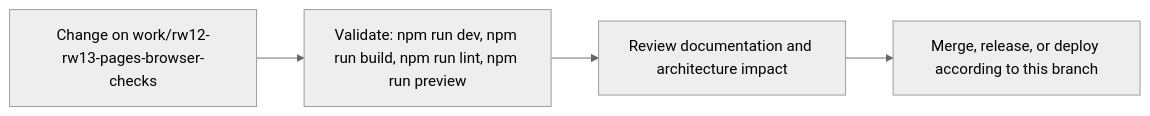
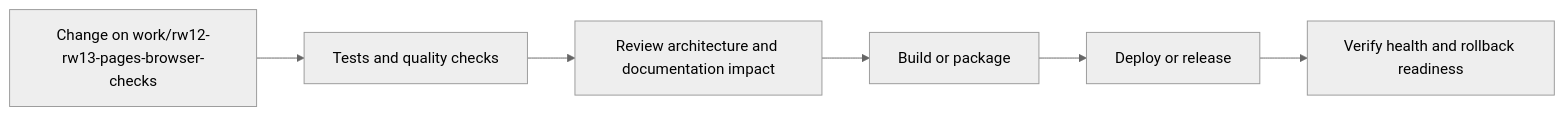
The fourth of 5 diagrams in README.md (Nischhalsubba/Reeja-Maharjan-Website-2026), drawn with Mermaid (neutral theme) before and after one commit. The commit also changed other lines of this file, not shown here.

````diff
--- a/README.md
+++ b/README.md
@@ -81,8 +162,8 @@
 ```mermaid
 flowchart LR
-    CHANGE["Change on work/rw12-rw13-pages-browser-checks"]
-    CHECK["Validate: npm run dev, npm run build, npm run lint, npm run preview"]
-    REVIEW["Review documentation and architecture impact"]
-    RELEASE["Merge, release, or deploy according to this branch"]
-    CHANGE --> CHECK --> REVIEW --> RELEASE
+    CHANGE["Change on work/rw12-rw13-pages-browser-checks"] --> CHECK["Tests and quality checks"]
+    CHECK --> REVIEW["Review architecture and documentation impact"]
+    REVIEW --> BUILD["Build or package"]
+    BUILD --> DEPLOY["Deploy or release"]
+    DEPLOY --> VERIFY["Verify health and rollback readiness"]
 ```
````
